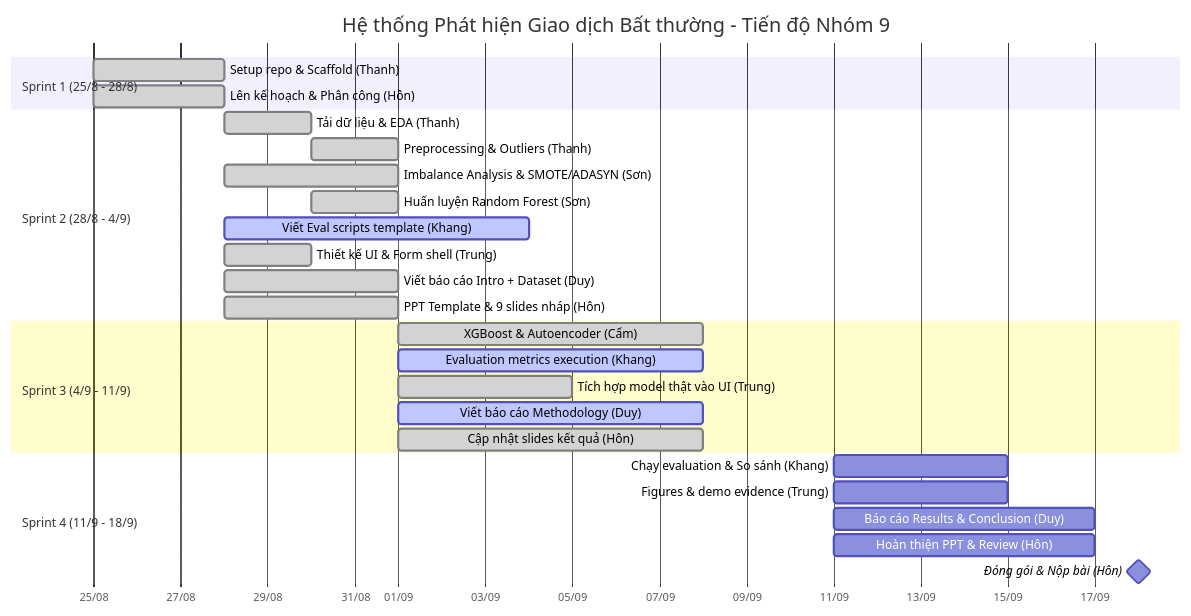
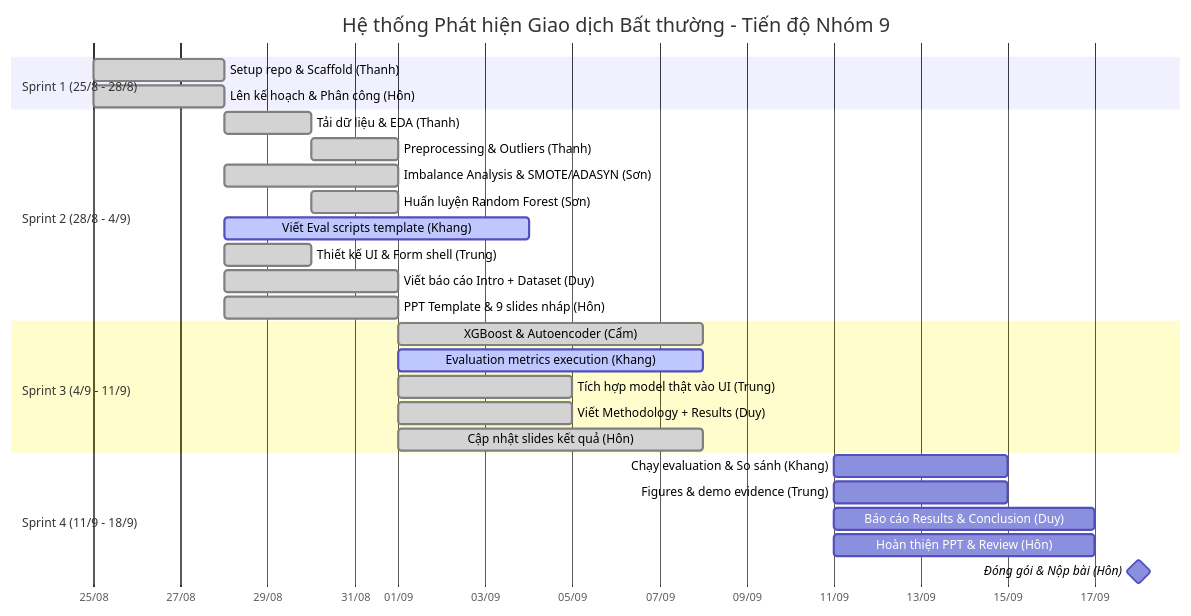
The diagram in draft/fraud-detection/docs/project-roadmap.md (uit-25730067-chithanh/CS106-Team09-Fraud-Detection), drawn with Mermaid before and after one commit. The commit also changed other lines of this file and 23 other files, not shown here.

First line of the commit message:
docs(phase07): hoàn thành báo cáo Chương 1-7 và tóm tắt (#24)

````diff
--- a/draft/fraud-detection/docs/project-roadmap.md
+++ b/draft/fraud-detection/docs/project-roadmap.md
@@ -13,35 +13,35 @@
 ```mermaid
 gantt
     title Hệ thống Phát hiện Giao dịch Bất thường - Tiến độ Nhóm 9
     dateFormat  YYYY-MM-DD
     axisFormat  %d/%m
     tickInterval 1w
 
     section Sprint 1 (25/8 - 28/8)
     Setup repo & Scaffold (Thanh)        :done, s1_1, 2026-08-25, 2026-08-28
     Lên kế hoạch & Phân công (Hôn)      :done, s1_2, 2026-08-25, 2026-08-28
 
     section Sprint 2 (28/8 - 4/9)
     Tải dữ liệu & EDA (Thanh)            :done, s2_1, 2026-08-28, 2d
     Preprocessing & Outliers (Thanh)     :done, s2_2, 2026-08-30, 2d
     Imbalance Analysis & SMOTE/ADASYN (Sơn) :done, s2_3, 2026-08-28, 4d
     Huấn luyện Random Forest (Sơn)       :done, s2_4, 2026-08-30, 2d
     Viết Eval scripts template (Khang)   :active, s2_5, 2026-08-28, 7d
     Thiết kế UI & Form shell (Trung)     :done, s2_6, 2026-08-28, 2d
     Viết báo cáo Intro + Dataset (Duy)   :done, s2_7, 2026-08-28, 4d
     PPT Template & 9 slides nháp (Hôn)   :done, s2_8, 2026-08-28, 4d
 
     section Sprint 3 (4/9 - 11/9)
     XGBoost & Autoencoder (Cẩm)          :done, s3_1, 2026-09-01, 7d
     Evaluation metrics execution (Khang) :active, s3_2, 2026-09-01, 7d
     Tích hợp model thật vào UI (Trung)   :done, s3_3, 2026-09-01, 4d
-    Viết báo cáo Methodology (Duy)       :active, s3_4, 2026-09-01, 7d
+    Viết Methodology + Results (Duy)      :done, s3_4, 2026-09-01, 4d
     Cập nhật slides kết quả (Hôn)        :done, s3_5, 2026-09-01, 7d
 
     section Sprint 4 (11/9 - 18/9)
     Chạy evaluation & So sánh (Khang)   :s4_1, 2026-09-11, 4d
     Figures & demo evidence (Trung)      :s4_2, 2026-09-11, 4d
     Báo cáo Results & Conclusion (Duy)   :s4_3, 2026-09-11, 6d
     Hoàn thiện PPT & Review (Hôn)        :s4_4, 2026-09-11, 6d
     Đóng gói & Nộp bài (Hôn)             :milestone, s4_5, 2026-09-18, 0d
 ```
````
